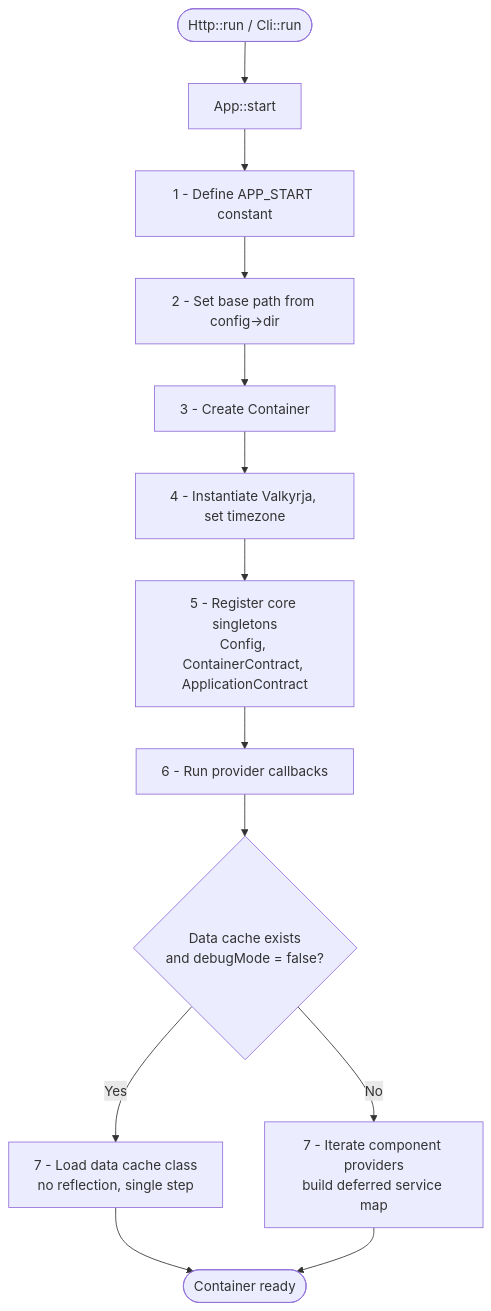
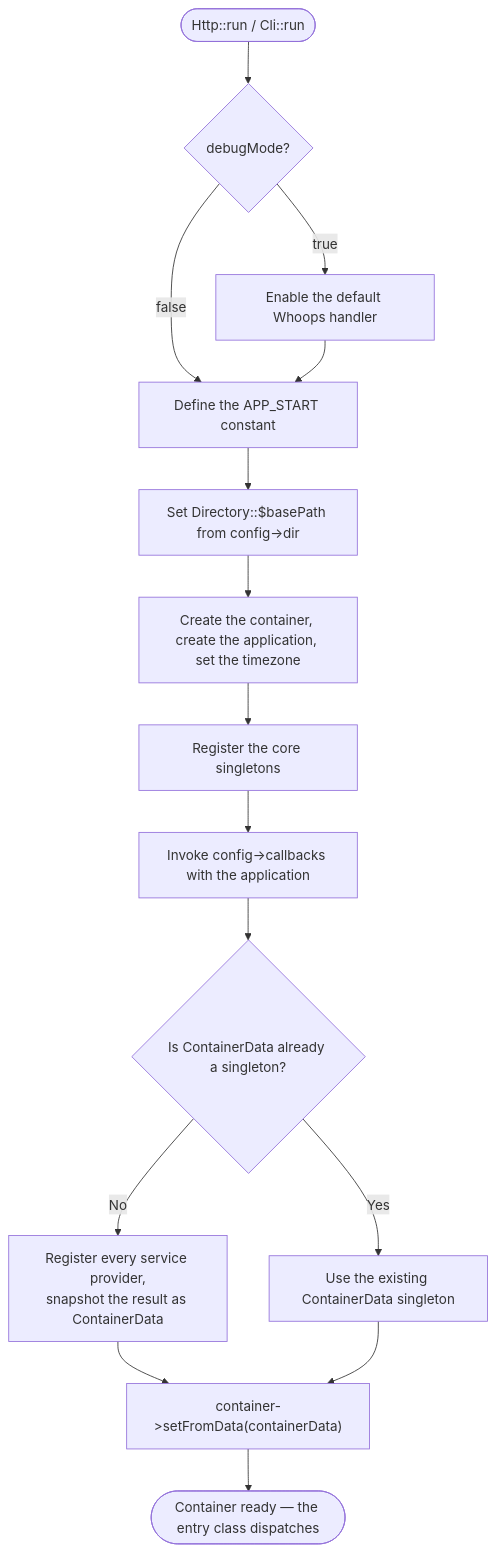
The first of 2 diagrams in src/Valkyrja/Application/README.md (valkyrjaio/valkyrja), drawn with Mermaid before and after one commit. The commit also changed other lines of this file, not shown here.

First line of the commit message:
[Application] docs: Rewrite the README to match the code (#1136)

````diff
--- a/src/Valkyrja/Application/README.md
+++ b/src/Valkyrja/Application/README.md
@@ -157,15 +426,17 @@
 ```mermaid
 flowchart TD
-    A(["Http::run / Cli::run"]) --> B[App::start]
-    B --> C["1 - Define APP_START constant"]
-    C --> D["2 - Set base path from config->dir"]
-    D --> E["3 - Create Container"]
-    E --> F["4 - Instantiate Valkyrja, set timezone"]
-    F --> G["5 - Register core singletons\nConfig, ContainerContract, ApplicationContract"]
-    G --> H["6 - Run provider callbacks"]
-    H --> I{"Data cache exists\nand debugMode = false?"}
-    I -->|Yes| J["7 - Load data cache class\nno reflection, single step"]
-    I -->|No| K["7 - Iterate component providers\nbuild deferred service map"]
-    J --> L([Container ready])
+    A(["Http::run / Cli::run"]) --> B{"debugMode?"}
+    B -->|true| C["Enable the default Whoops handler"]
+    B -->|false| D["Define the APP_START constant"]
+    C --> D
+    D --> E["Set Directory::$basePath from config->dir"]
+    E --> F["Create the container, create the application, set the timezone"]
+    F --> G["Register the core singletons"]
+    G --> H["Invoke config->callbacks with the application"]
+    H --> I{"Is ContainerData already a singleton?"}
+    I -->|No| J["Register every service provider,\nsnapshot the result as ContainerData"]
+    I -->|Yes| K["Use the existing ContainerData singleton"]
+    J --> L["container->setFromData(containerData)"]
     K --> L
+    L --> M(["Container ready — the entry class dispatches"])
 ```
````
